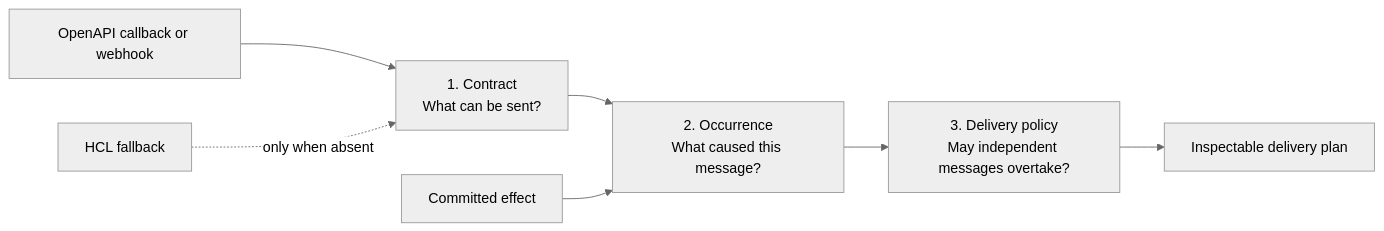
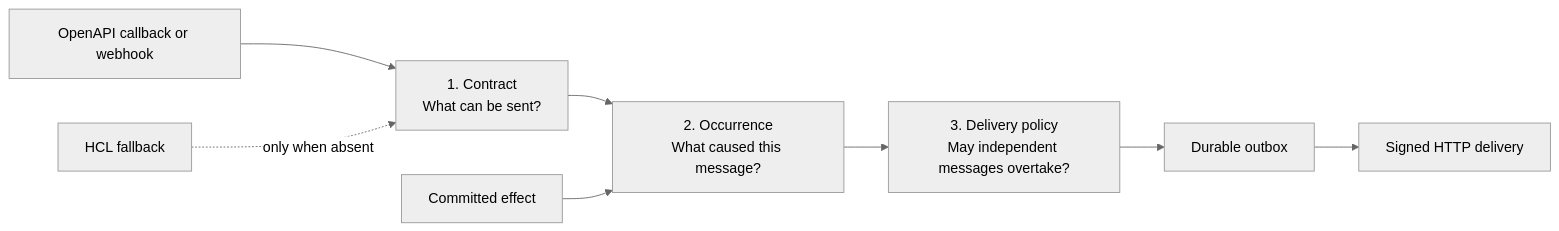
One commit to inttegro/simile changed the diagram in docs/webhook-delivery.md. Above: the diagram before and after it, drawn with Mermaid (neutral theme). The commit also changed other lines of this file and 18 other files, not shown here.

````diff
--- a/docs/webhook-delivery.md
+++ b/docs/webhook-delivery.md
@@ -24,10 +24,11 @@
 ```mermaid
 flowchart LR
   Contract["1. Contract<br/>What can be sent?"] --> Occurrence["2. Occurrence<br/>What caused this message?"]
   Effect["Committed effect"] --> Occurrence
   Occurrence --> Policy["3. Delivery policy<br/>May independent messages overtake?"]
-  Policy --> Plan["Inspectable delivery plan"]
+  Policy --> Outbox["Durable outbox"]
+  Outbox --> Worker["Signed HTTP delivery"]
 
   OpenAPI["OpenAPI callback or webhook"] --> Contract
   HCL["HCL fallback"] -. "only when absent" .-> Contract
 ```
````
